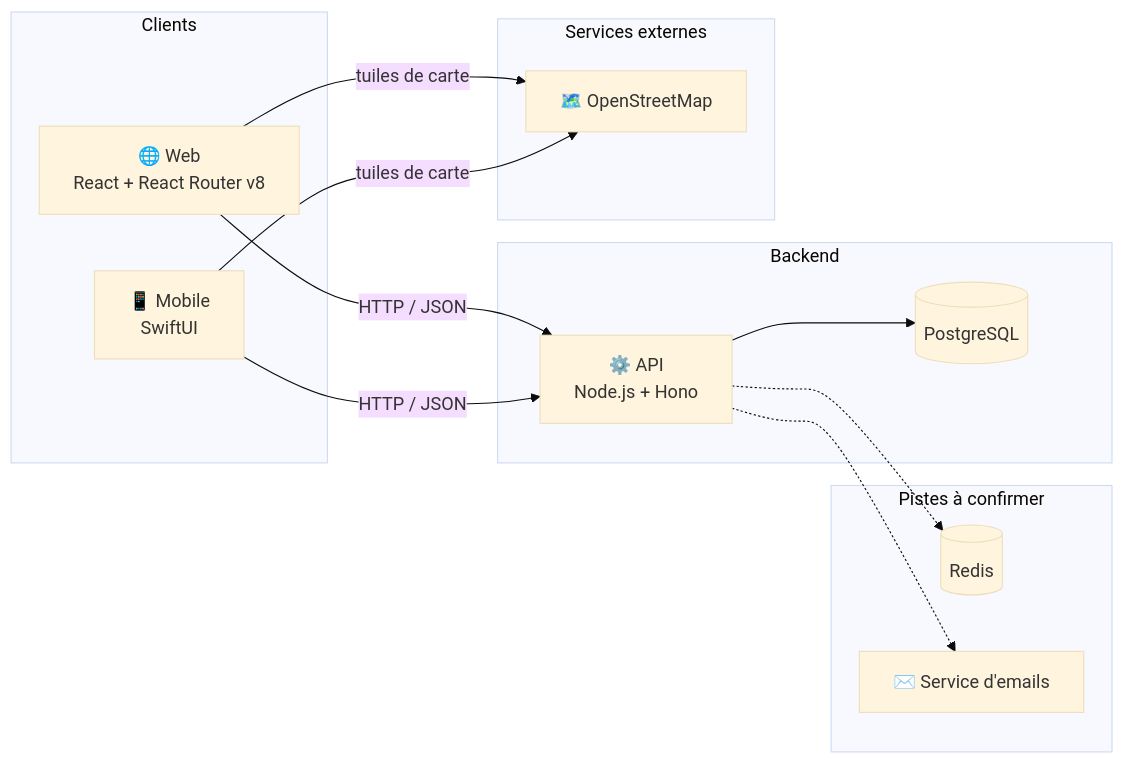
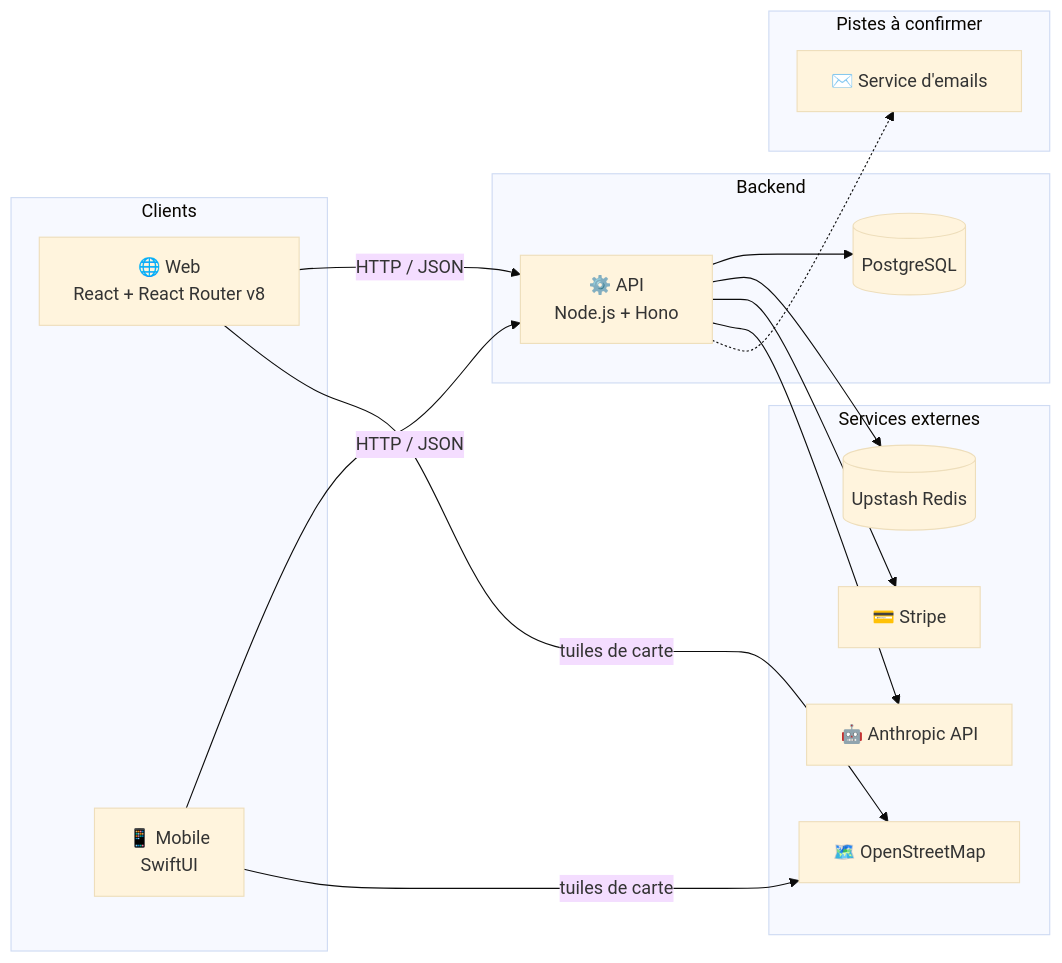
One commit to RobinSartini/EventsHub changed the first of 5 diagrams in README.md. Above: the diagram before and after it, drawn with Mermaid (base theme). The commit also changed other lines of this file, not shown here.

````diff
--- a/README.md
+++ b/README.md
@@ -59,29 +62,33 @@
 ```mermaid
 flowchart LR
     subgraph Clients
         WEB["🌐 Web<br/>React + React Router v8"]
         MOB["📱 Mobile<br/>SwiftUI"]
     end
 
     subgraph Backend
         API["⚙️ API<br/>Node.js + Hono"]
         DB[("PostgreSQL")]
     end
 
     subgraph Externe["Services externes"]
         OSM["🗺️ OpenStreetMap"]
+        REDIS[("Upstash Redis")]
+        STRIPE["💳 Stripe"]
+        AI["🤖 Anthropic API"]
     end
 
     subgraph Prevu["Pistes à confirmer"]
-        REDIS[("Redis")]
         MAIL["✉️ Service d'emails"]
     end
 
     WEB -- "HTTP / JSON" --> API
     MOB -- "HTTP / JSON" --> API
     WEB -- "tuiles de carte" --> OSM
     MOB -- "tuiles de carte" --> OSM
     API --> DB
-    API -.-> REDIS
+    API --> REDIS
+    API --> STRIPE
+    API --> AI
     API -.-> MAIL
 ```
````
